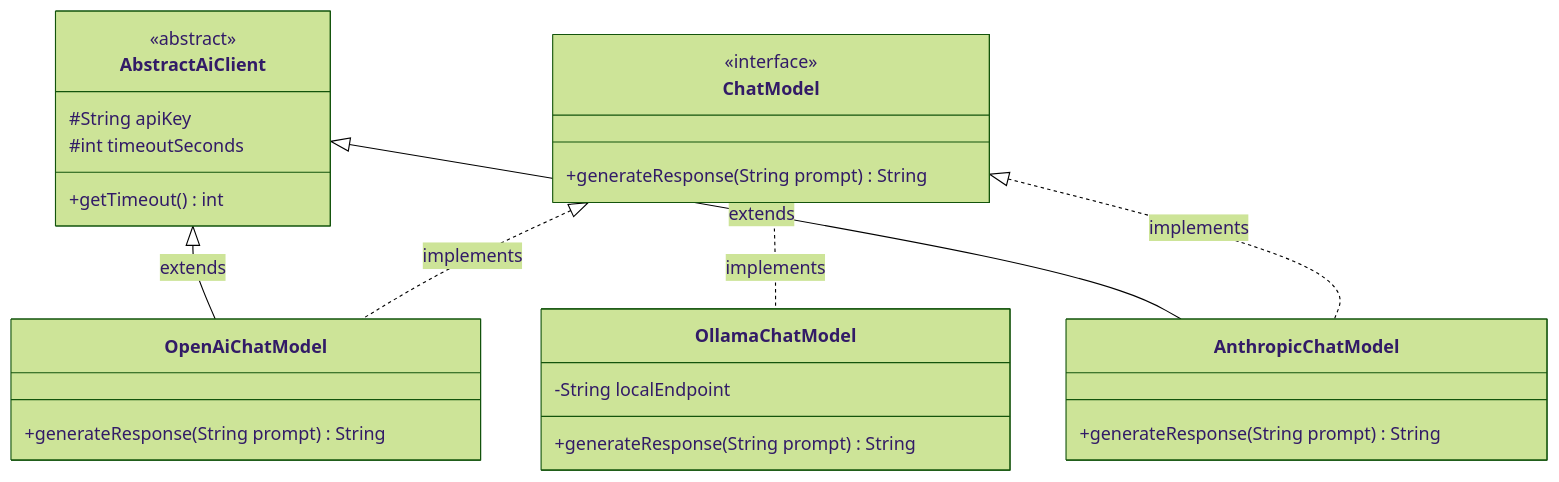
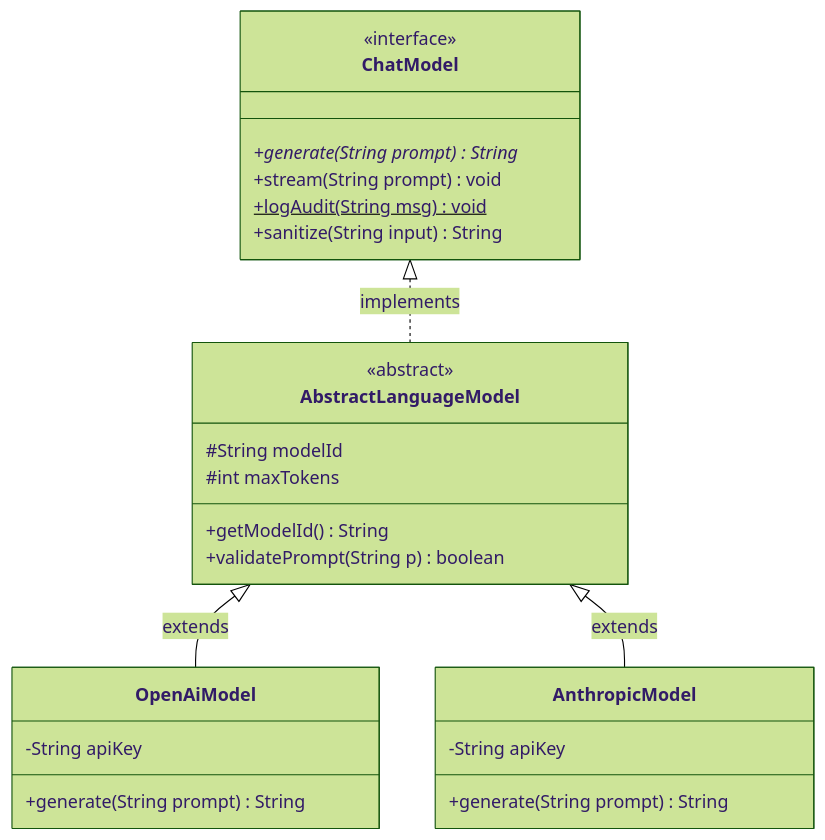
The second of 3 diagrams in Phase_01_Java_Foundations/Day_03_Inheritance_Interfaces_Polymorphism/Day_03_Inheritance_Interfaces_Polymorphism.md (SrinuRenangi/Gen-AI-Java), drawn with Mermaid (forest theme) before and after one commit. The commit also changed other lines of this file and 1 other file, not shown here.

````diff
--- a/Phase_01_Java_Foundations/Day_03_Inheritance_Interfaces_Polymorphism/Day_03_Inheritance_Interfaces_Polymorphism.md
+++ b/Phase_01_Java_Foundations/Day_03_Inheritance_Interfaces_Polymorphism/Day_03_Inheritance_Interfaces_Polymorphism.md
@@ -68,33 +166,32 @@
 ```mermaid
 classDiagram
     class ChatModel {
         <<interface>>
-        +generateResponse(String prompt) String
+        +generate(String prompt)* String
+        +stream(String prompt) void
+        +logAudit(String msg)$ void
+        +sanitize(String input) String
     }
 
-    class AbstractAiClient {
+    class AbstractLanguageModel {
         <<abstract>>
-        #String apiKey
-        #int timeoutSeconds
-        +getTimeout() int
+        #String modelId
+        #int maxTokens
+        +getModelId() String
+        +validatePrompt(String p) boolean
     }
 
-    class OpenAiChatModel {
-        +generateResponse(String prompt) String
+    class OpenAiModel {
+        -String apiKey
+        +generate(String prompt) String
     }
 
-    class AnthropicChatModel {
-        +generateResponse(String prompt) String
+    class AnthropicModel {
+        -String apiKey
+        +generate(String prompt) String
     }
 
-    class OllamaChatModel {
-        -String localEndpoint
-        +generateResponse(String prompt) String
-    }
-
-    ChatModel <|.. OpenAiChatModel : implements
-    ChatModel <|.. AnthropicChatModel : implements
-    ChatModel <|.. OllamaChatModel : implements
-    AbstractAiClient <|-- OpenAiChatModel : extends
-    AbstractAiClient <|-- AnthropicChatModel : extends
+    ChatModel <|.. AbstractLanguageModel : implements
+    AbstractLanguageModel <|-- OpenAiModel : extends
+    AbstractLanguageModel <|-- AnthropicModel : extends
 ```
````
